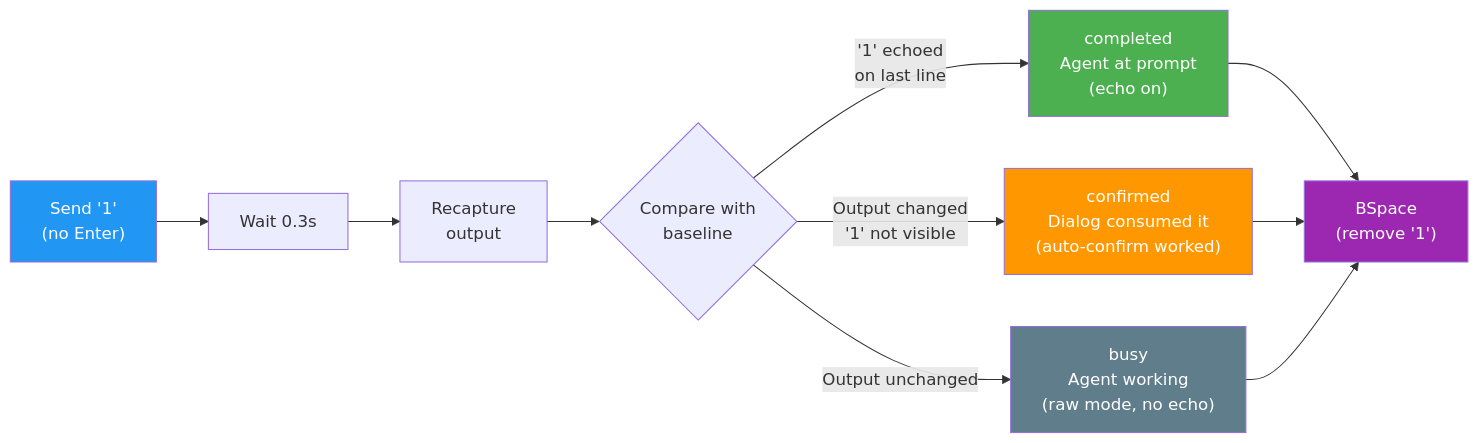
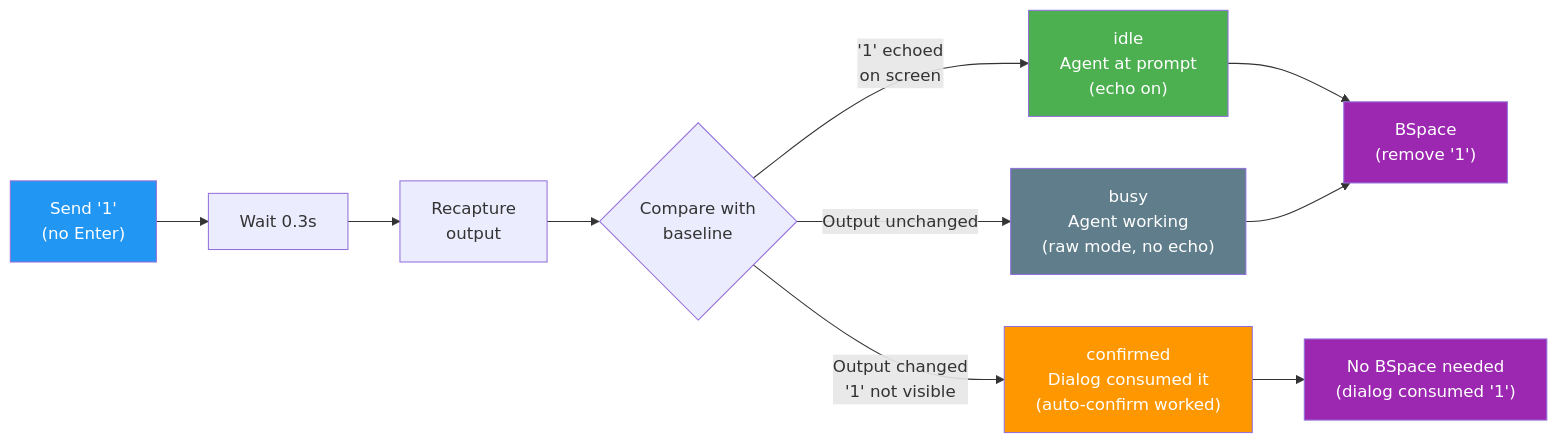
One commit to orlunix/cam changed the first of 8 diagrams in docs/monitor-state-diagram.md. Above: the diagram before and after it, drawn with Mermaid. The commit also changed other lines of this file and 14 other files, not shown here.

````diff
--- a/docs/monitor-state-diagram.md
+++ b/docs/monitor-state-diagram.md
@@ -9,20 +9,21 @@
 ```mermaid
 flowchart LR
     SEND["Send '1'<br/>(no Enter)"] --> WAIT[Wait 0.3s] --> RECAP[Recapture<br/>output]
 
     RECAP --> CMP{Compare with<br/>baseline}
 
-    CMP -->|"'1' echoed<br/>on last line"| COMPLETED["completed<br/>Agent at prompt<br/>(echo on)"]
+    CMP -->|"'1' echoed<br/>on screen"| IDLE["idle<br/>Agent at prompt<br/>(echo on)"]
     CMP -->|"Output changed<br/>'1' not visible"| CONFIRMED["confirmed<br/>Dialog consumed it<br/>(auto-confirm worked)"]
     CMP -->|Output unchanged| BUSY["busy<br/>Agent working<br/>(raw mode, no echo)"]
 
-    COMPLETED --> BS["BSpace<br/>(remove '1')"]
-    CONFIRMED --> BS
+    IDLE --> BS["BSpace<br/>(remove '1')"]
+    CONFIRMED --> NOBS["No BSpace needed<br/>(dialog consumed '1')"]
     BUSY --> BS
 
     style SEND fill:#2196F3,color:#fff
     style BS fill:#9C27B0,color:#fff
-    style COMPLETED fill:#4CAF50,color:#fff
+    style NOBS fill:#9C27B0,color:#fff
+    style IDLE fill:#4CAF50,color:#fff
     style CONFIRMED fill:#FF9800,color:#fff
     style BUSY fill:#607D8B,color:#fff
 ```
````
